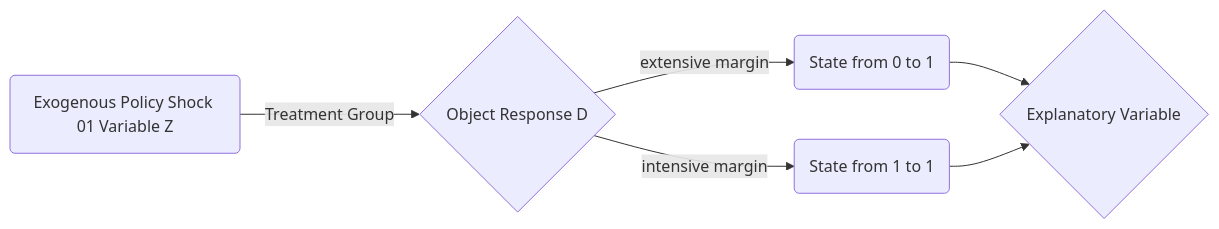
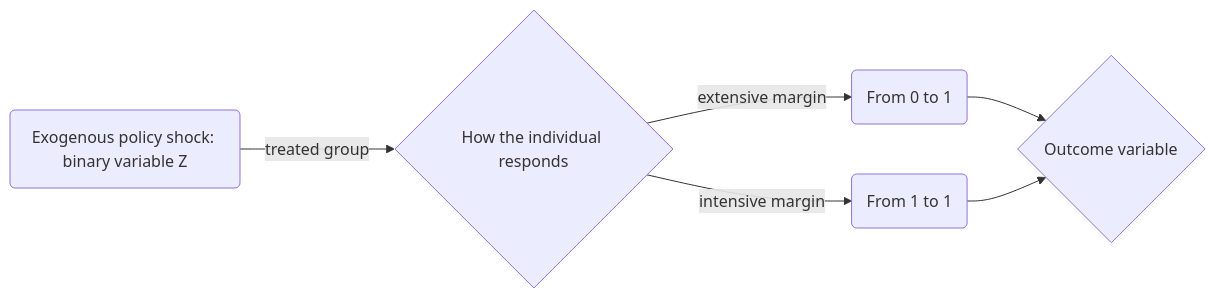
Before and after one commit to hzp2333/hzp2333.github.io: the first of 2 diagrams in en/posts/log0/index.md, drawn with Mermaid. The commit also changed other lines of this file and 177 other files, not shown here.

```diff
--- a/en/posts/log0/index.md
+++ b/en/posts/log0/index.md
@@ -121,8 +121,8 @@
 {{< mermaid>}}
  graph LR
- A(Exogenous Policy Shock 01 Variable Z)--Treatment Group-->C{01 Object Response}
- C{Object Response D}--extensive margin-->D(State from 0 to 1)
- C{Object Response D}--intensive margin-->E(State from 1 to 1)
- D(State from 0 to 1)-->F{Explanatory Variable}
- E(State from 1 to 1)-->F{Explanatory Variable}
+ A(Exogenous policy shock: binary variable Z)--treated group-->C{How the individual responds}
+ C--extensive margin-->D(From 0 to 1)
+ C--intensive margin-->E(From 1 to 1)
+ D-->F{Outcome variable}
+ E-->F{Outcome variable}
 {{< /mermaid>}}
```
